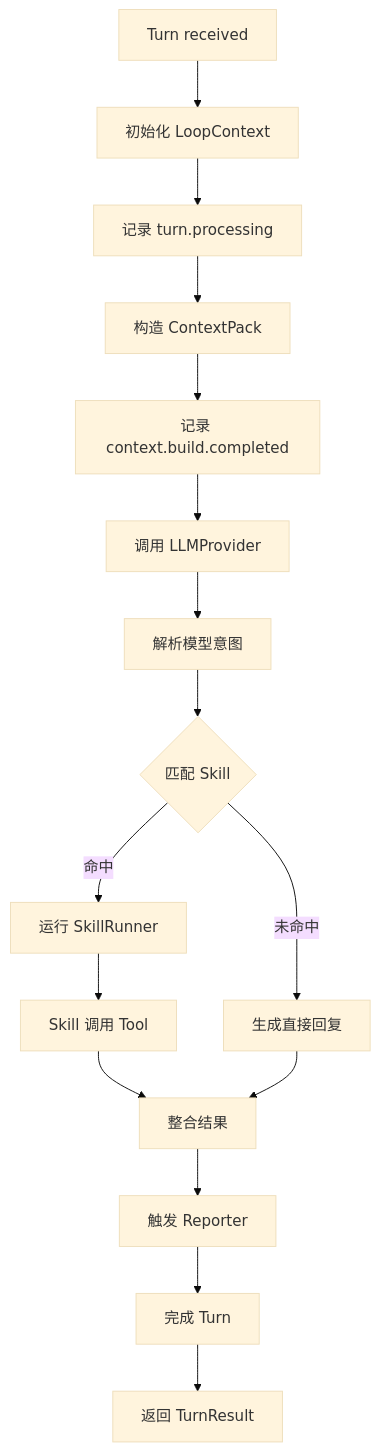
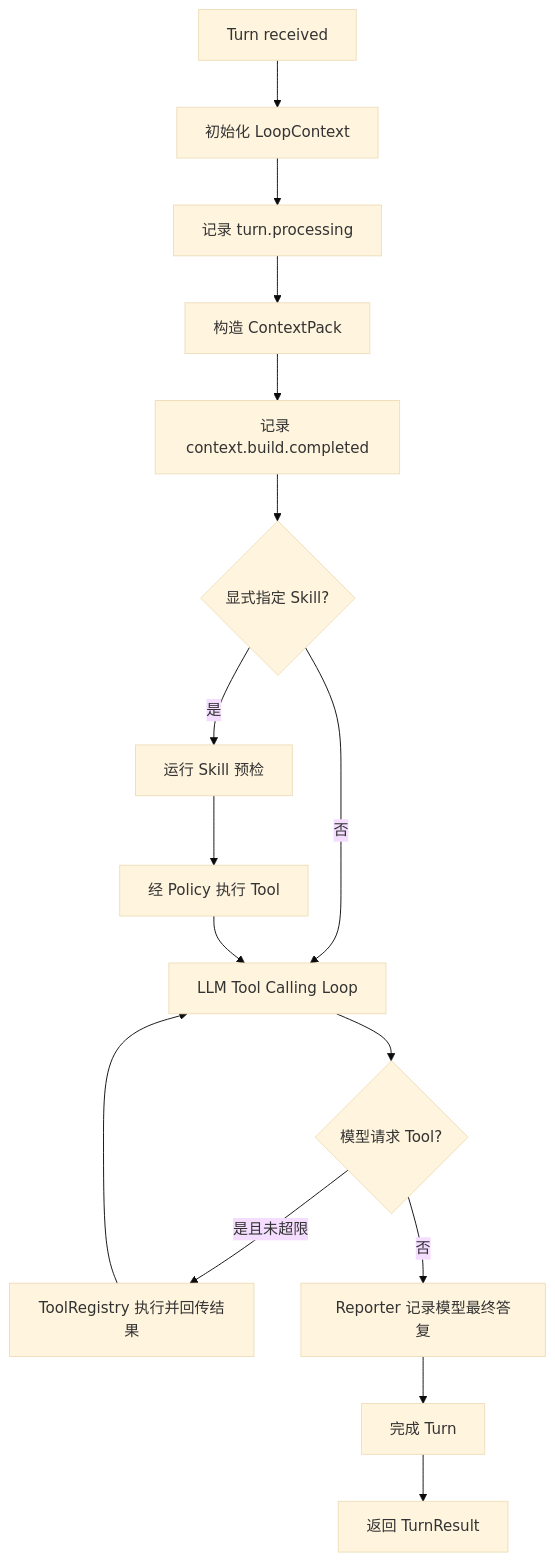
One commit to hfqf/figo-agent changed the first of 6 diagrams in docs/agent/modules/agent-loop/README.md. Above: the diagram before and after it, drawn with Mermaid (base theme). The commit also changed other lines of this file and 82 other files, not shown here.

````diff
--- a/docs/agent/modules/agent-loop/README.md
+++ b/docs/agent/modules/agent-loop/README.md
@@ -108,18 +106,18 @@
 ```mermaid
 flowchart TD
   Start[Turn received] --> Init[初始化 LoopContext]
   Init --> TraceStart[记录 turn.processing]
   TraceStart --> BuildContext[构造 ContextPack]
   BuildContext --> TraceContext[记录 context.build.completed]
-  TraceContext --> LLM[调用 LLMProvider]
-  LLM --> Intent[解析模型意图]
-  Intent --> MatchSkill{匹配 Skill}
-  MatchSkill -->|命中| RunSkill[运行 SkillRunner]
-  MatchSkill -->|未命中| DirectReply[生成直接回复]
-  RunSkill --> ToolCalls[Skill 调用 Tool]
-  ToolCalls --> Merge[整合结果]
-  DirectReply --> Merge
-  Merge --> Report[触发 Reporter]
+  TraceContext --> MatchSkill{显式指定 Skill?}
+  MatchSkill -->|是| RunSkill[运行 Skill 预检]
+  MatchSkill -->|否| LLM[LLM Tool Calling Loop]
+  RunSkill --> SkillTools[经 Policy 执行 Tool]
+  SkillTools --> LLM
+  LLM --> ToolIntent{模型请求 Tool?}
+  ToolIntent -->|是且未超限| ToolCalls[ToolRegistry 执行并回传结果]
+  ToolCalls --> LLM
+  ToolIntent -->|否| Report[Reporter 记录模型最终答复]
   Report --> Complete[完成 Turn]
   Complete --> End[返回 TurnResult]
 ```
````
